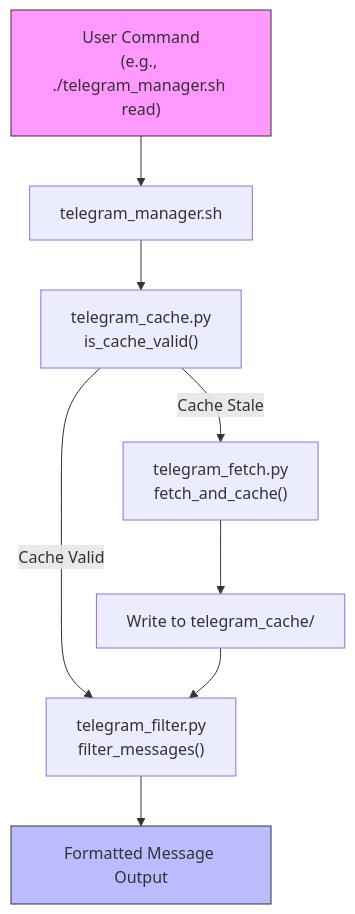
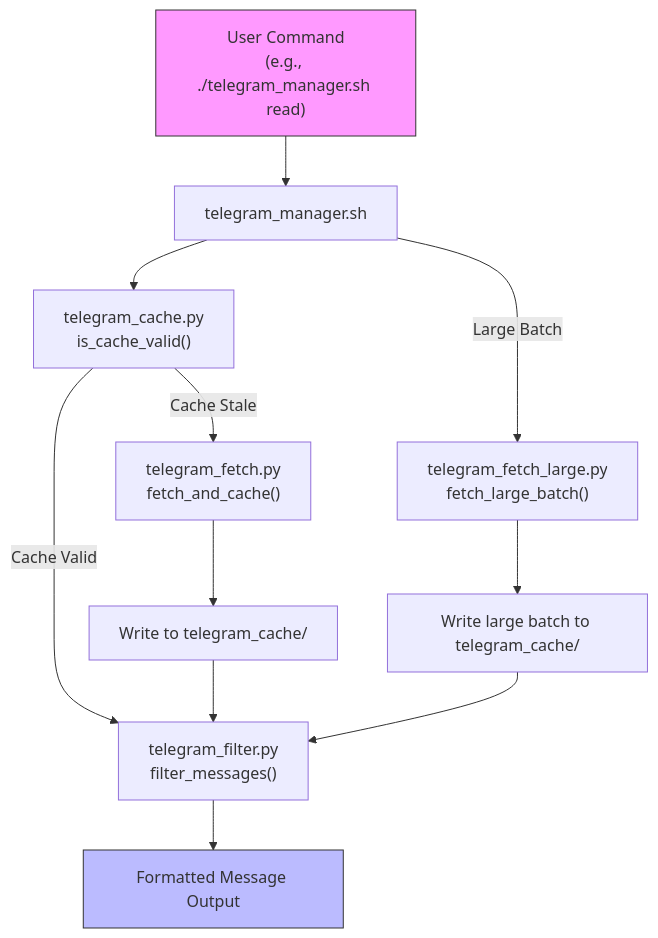
The first of 9 diagrams in .qoder/repowiki/en/content/Tool Overview & Core Value/Data Flow and Message Processing Pipeline.md (almazom/MCP-Fallback-Scripts), drawn with Mermaid before and after one commit. The commit also changed other lines of this file and 44 other files, not shown here.

````diff
--- a/.qoder/repowiki/en/content/Tool Overview & Core Value/Data Flow and Message Processing Pipeline.md
+++ b/.qoder/repowiki/en/content/Tool Overview & Core Value/Data Flow and Message Processing Pipeline.md
@@ -29,12 +40,15 @@
 ```mermaid
 flowchart TD
 User["User Command\n(e.g., ./telegram_manager.sh read)"] --> Manager["telegram_manager.sh"]
 Manager --> CacheCheck["telegram_cache.py\nis_cache_valid()"]
 CacheCheck --> |Cache Valid| Filter["telegram_filter.py\nfilter_messages()"]
 CacheCheck --> |Cache Stale| Fetch["telegram_fetch.py\nfetch_and_cache()"]
 Fetch --> Cache["Write to telegram_cache/"]
 Cache --> Filter
+Manager --> |Large Batch| FetchLarge["telegram_fetch_large.py\nfetch_large_batch()"]
+FetchLarge --> CacheLarge["Write large batch to telegram_cache/"]
+CacheLarge --> Filter
 Filter --> Output["Formatted Message Output"]
 style User fill:#f9f,stroke:#333
 style Output fill:#bbf,stroke:#333
 ```
````
